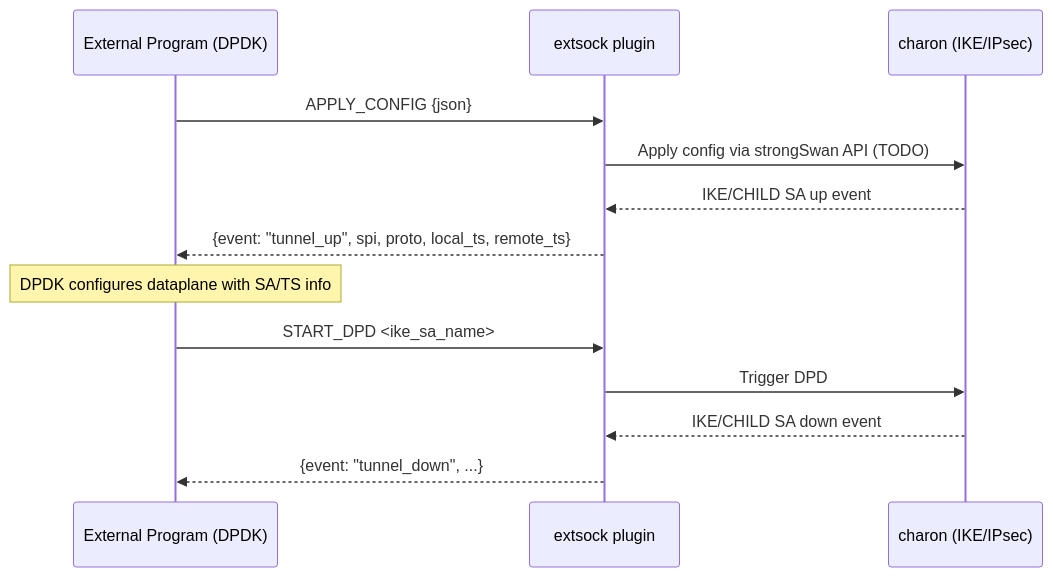
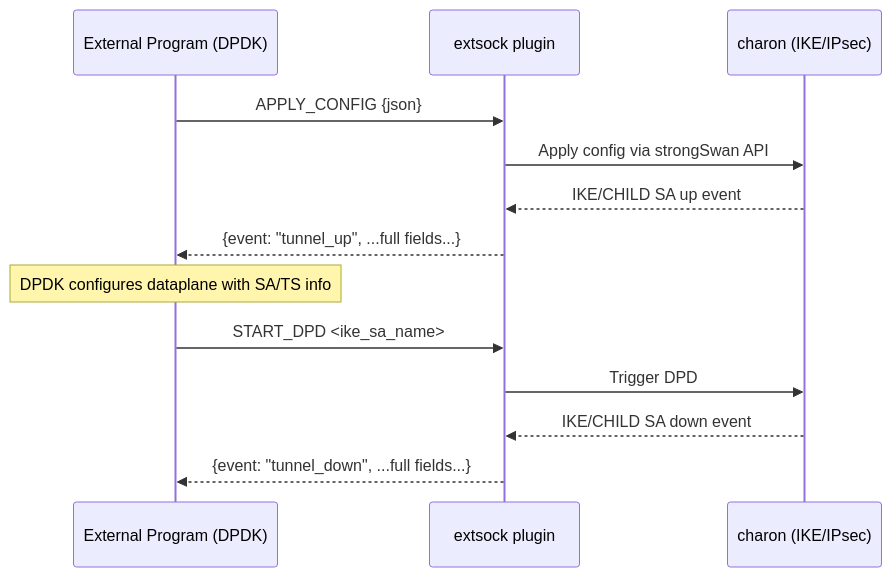
The second of 3 diagrams in src/libcharon/plugins/extsock/Design.md (JiHuDad/strongswan), drawn with Mermaid before and after one commit. The commit also changed other lines of this file and 2 other files, not shown here.

First line of the commit message:
extsock: Add plugin design and documentation

````diff
--- a/src/libcharon/plugins/extsock/Design.md
+++ b/src/libcharon/plugins/extsock/Design.md
@@ -24,16 +24,16 @@
 ```mermaid
 %%{init: {'themeVariables': { 'width': '1000' }}}%%
 sequenceDiagram
     participant ExtProg as External Program (DPDK)
     participant extsock as extsock plugin
     participant charon as charon (IKE/IPsec)
     ExtProg->>extsock: APPLY_CONFIG {json}
-    extsock->>charon: Apply config via strongSwan API (TODO)
+    extsock->>charon: Apply config via strongSwan API
     charon-->>extsock: IKE/CHILD SA up event
-    extsock-->>ExtProg: {event: "tunnel_up", spi, proto, local_ts, remote_ts}
+    extsock-->>ExtProg: {event: "tunnel_up", ...full fields...}
     Note over ExtProg: DPDK configures dataplane with SA/TS info
     ExtProg->>extsock: START_DPD <ike_sa_name>
     extsock->>charon: Trigger DPD
     charon-->>extsock: IKE/CHILD SA down event
-    extsock-->>ExtProg: {event: "tunnel_down", ...}
+    extsock-->>ExtProg: {event: "tunnel_down", ...full fields...}
 ```
````
